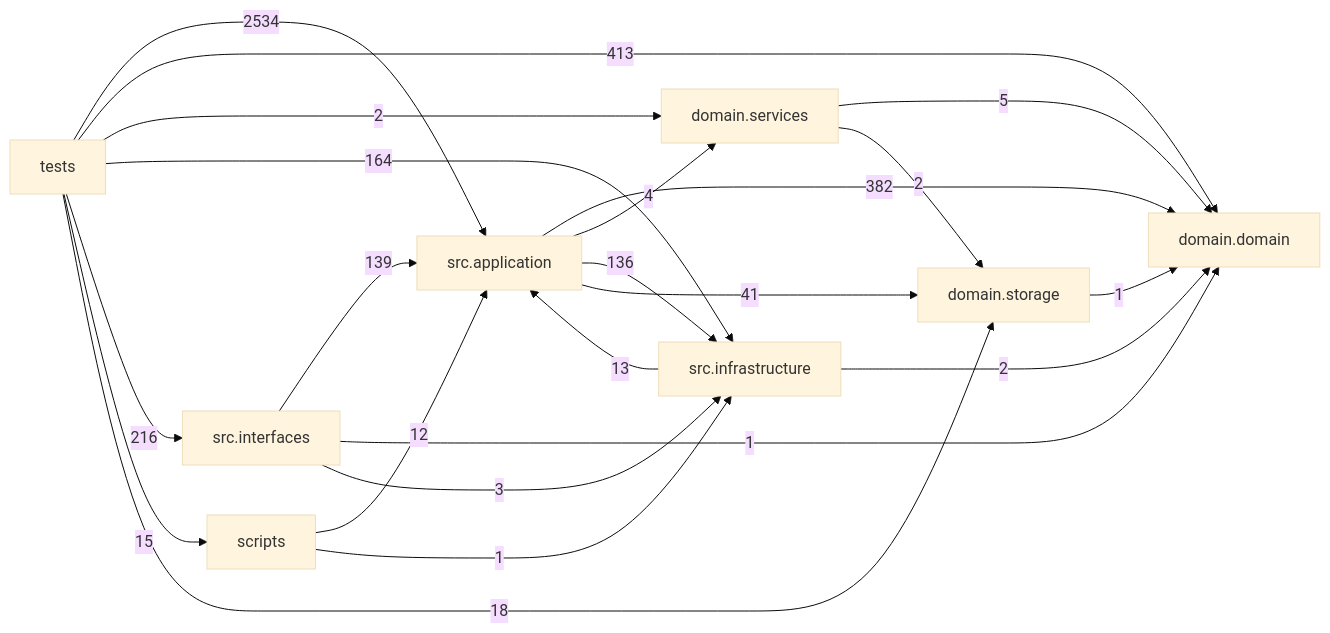
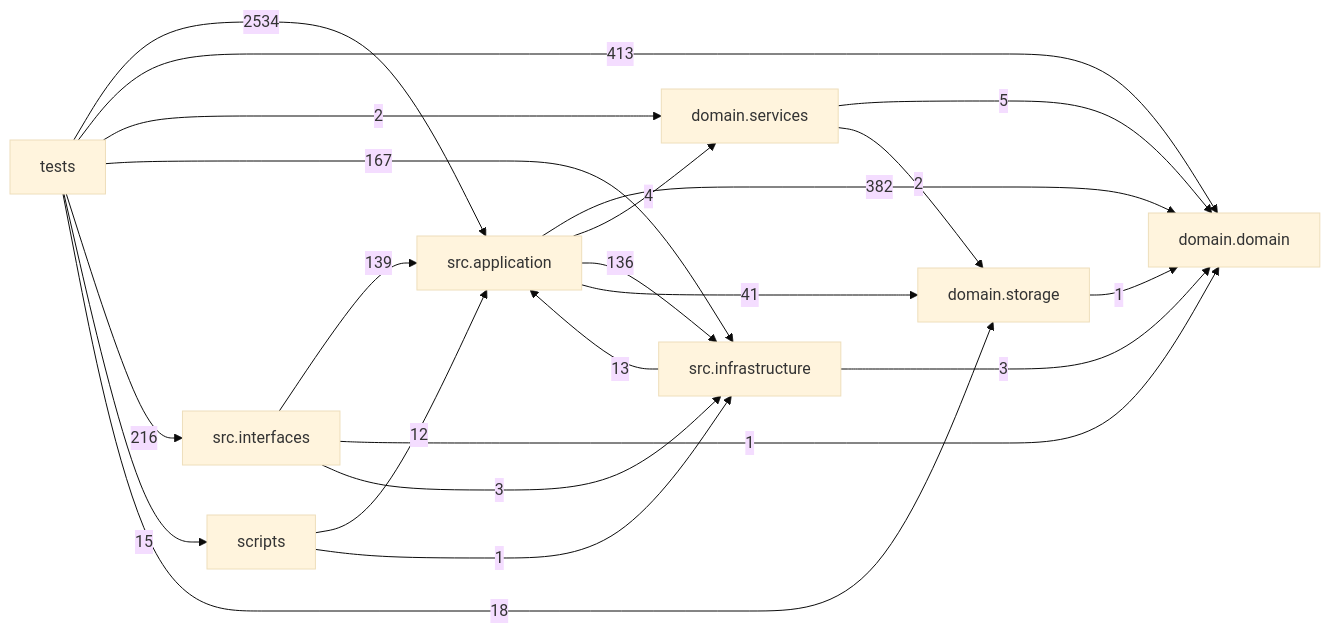
Before and after one commit to liuxie066/options-monitor: the diagram in docs/DEPENDENCY_GRAPH.md, drawn with Mermaid (base theme). The commit also changed other lines of this file and 8 other files, not shown here.

````diff
--- a/docs/DEPENDENCY_GRAPH.md
+++ b/docs/DEPENDENCY_GRAPH.md
@@ -24,32 +24,32 @@
 ```mermaid
 flowchart LR
   tests["tests"]
   scripts["scripts"]
   interfaces["src.interfaces"]
   application["src.application"]
   infrastructure["src.infrastructure"]
   domain_services["domain.services"]
   domain["domain.domain"]
   storage["domain.storage"]
   application -->|382| domain
   application -->|4| domain_services
   application -->|136| infrastructure
   application -->|41| storage
   domain_services -->|5| domain
   domain_services -->|2| storage
   infrastructure -->|13| application
-  infrastructure -->|2| domain
+  infrastructure -->|3| domain
   interfaces -->|139| application
   interfaces -->|1| domain
   interfaces -->|3| infrastructure
   scripts -->|12| application
   scripts -->|1| infrastructure
   storage -->|1| domain
   tests -->|2534| application
   tests -->|413| domain
   tests -->|2| domain_services
-  tests -->|164| infrastructure
+  tests -->|167| infrastructure
   tests -->|216| interfaces
   tests -->|15| scripts
   tests -->|18| storage
 ```
````
